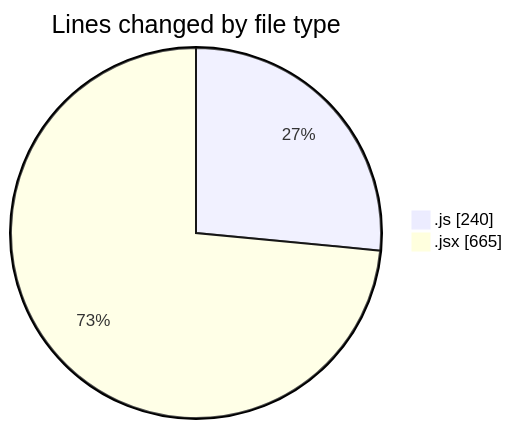
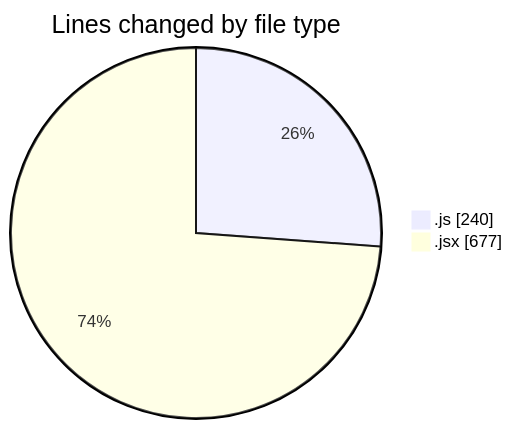
Before and after one commit to nxtqubesakshisongat/code-tracking: the first of 2 diagrams in 2026-01-19/nxtqube_webapp/README.md, drawn with Mermaid. The commit also changed other lines of this file and 1 other file, not shown here.

````diff
--- a/2026-01-19/nxtqube_webapp/README.md
+++ b/2026-01-19/nxtqube_webapp/README.md
@@ -25,6 +25,6 @@
 ```mermaid
 pie showData
 title Lines changed by file type
 ".js" : 240
-".jsx" : 665
+".jsx" : 677
 ```
````
